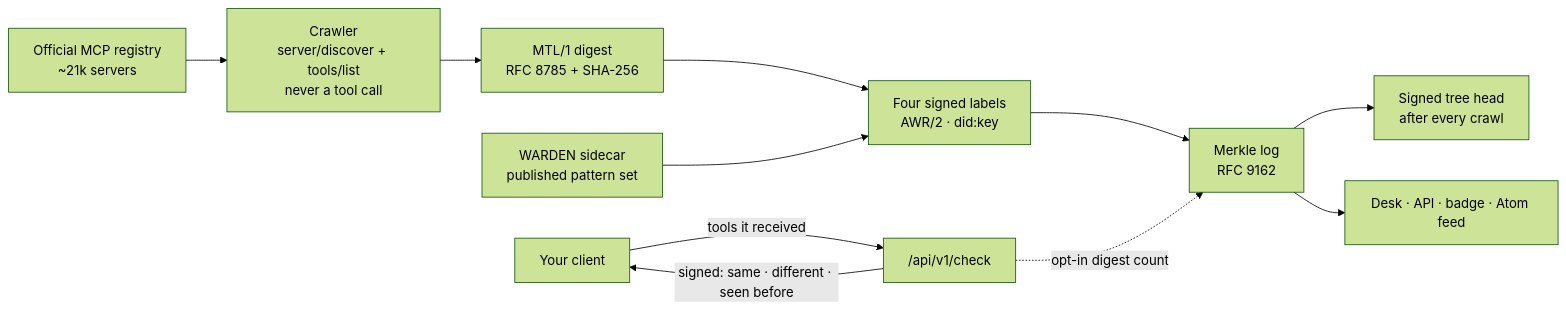
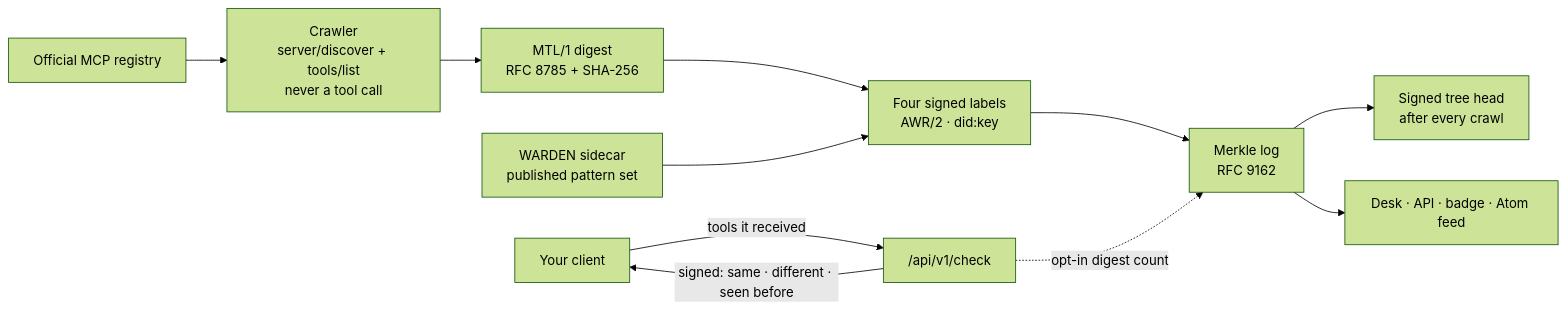
One commit to alexar76/histor changed the diagram in README.md. Above: the diagram before and after it, drawn with Mermaid (forest theme). The commit also changed other lines of this file and 42 other files, not shown here.

````diff
--- a/README.md
+++ b/README.md
@@ -60,13 +60,13 @@
 ```mermaid
 flowchart LR
-    R["Official MCP registry<br/>~21k servers"] --> C["Crawler<br/>server/discover + tools/list<br/>never a tool call"]
+    R["Official MCP registry"] --> C["Crawler<br/>server/discover + tools/list<br/>never a tool call"]
     C --> D["MTL/1 digest<br/>RFC 8785 + SHA-256"]
     D --> L["Four signed labels<br/>AWR/2 · did:key"]
     W["WARDEN sidecar<br/>published pattern set"] --> L
     L --> M["Merkle log<br/>RFC 9162"]
     M --> S["Signed tree head<br/>after every crawl"]
     M --> API["Desk · API · badge · Atom feed"]
     CL["Your client"] -- "tools it received" --> K["/api/v1/check"]
     K -- "signed: same · different · seen before" --> CL
     K -. "opt-in digest count" .-> M
 ```
````
